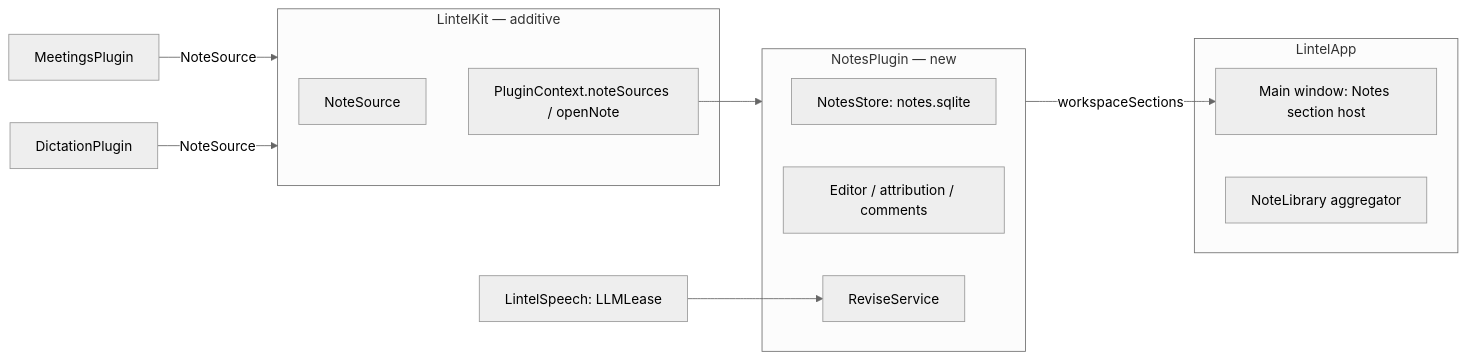
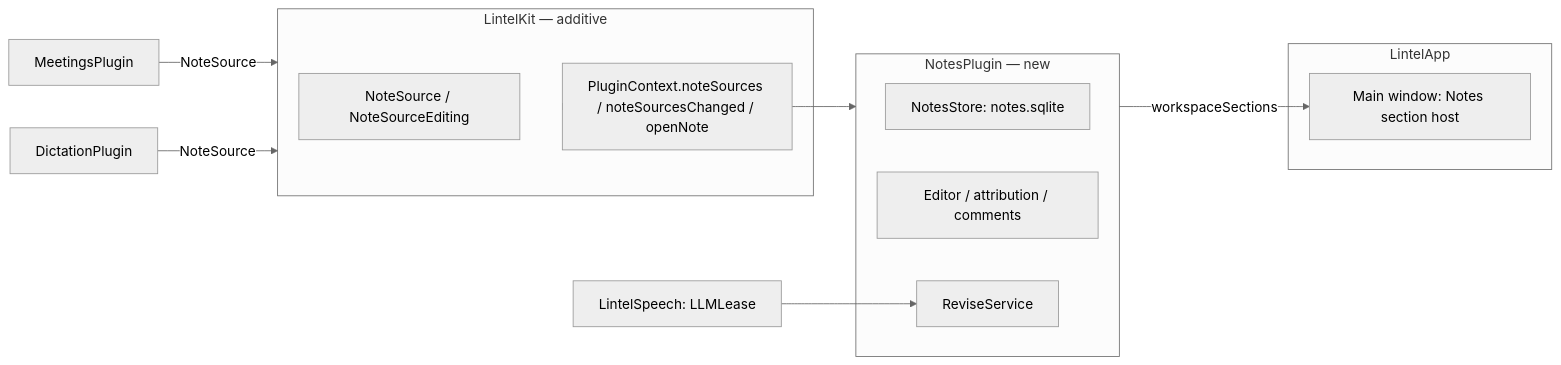
Before and after one commit to mjozefiak/Pounce: the diagram in .ai/specs/2026-11-04-notes-workspace.md, drawn with Mermaid (neutral theme). The commit also changed other lines of this file and 2 other files, not shown here.

````diff
--- a/.ai/specs/2026-11-04-notes-workspace.md
+++ b/.ai/specs/2026-11-04-notes-workspace.md
@@ -49,21 +49,20 @@
 ```mermaid
 flowchart LR
   subgraph Shell[LintelApp]
     WIN[Main window: Notes section host]
-    AGG[NoteLibrary aggregator]
   end
   subgraph Kit[LintelKit — additive]
-    NS[NoteSource]
-    CTX[PluginContext.noteSources / openNote]
+    NS[NoteSource / NoteSourceEditing]
+    CTX[PluginContext.noteSources / noteSourcesChanged / openNote]
   end
   subgraph Notes[NotesPlugin — new]
     NST[NotesStore: notes.sqlite]
     ED[Editor / attribution / comments]
     AG[ReviseService]
   end
   M[MeetingsPlugin] -- NoteSource --> Kit
   D[DictationPlugin] -- NoteSource --> Kit
   Kit --> CTX --> Notes
   Notes -- workspaceSections --> WIN
   Speech[LintelSpeech: LLMLease] --> AG
 ```
````
